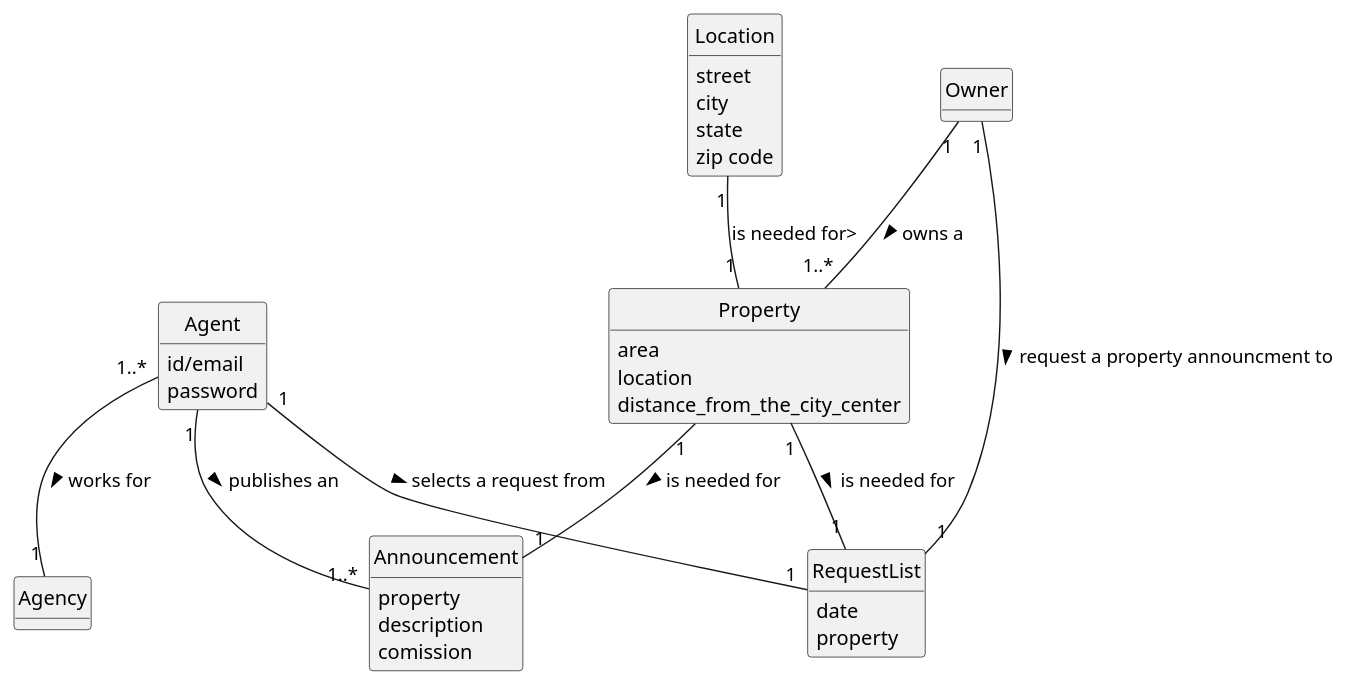
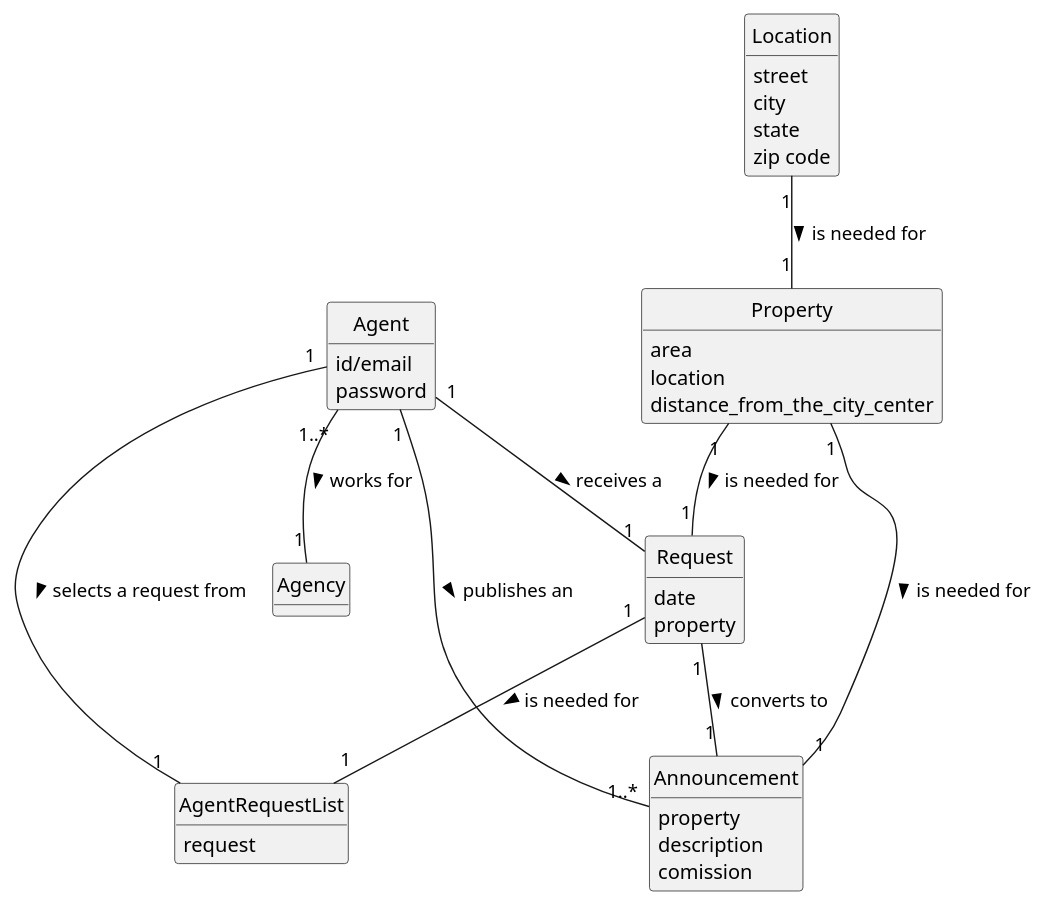
Before and after one commit to Rodrick0209/ISEP-LAPR2-22-23: the diagram in docs/Sprint-C/US008/02.analysis/puml/us008-domain-model.puml, drawn with PlantUML.

Commit message:
US008 domain model done

```diff
--- a/docs/Sprint-C/US008/02.analysis/puml/us008-domain-model.puml
+++ b/docs/Sprint-C/US008/02.analysis/puml/us008-domain-model.puml
@@ -1,61 +1,64 @@
   @startuml
 skinparam packageStyle rectangle
 skinparam shadowing false
 
 'left to right direction
 
 skinparam classAttributeIconSize 0
 
 hide circle
 hide methods
 
 'title Domain Model
 
 'class Platform {
 '  -description
 '}
 
 class Agent {
 id/email
 password
 }
 
-class  RequestList{
+class  AgentRequestList{
+request
+
+}
+class Request{
 date
 property
 }
 
 
-class Owner {
-}
 class Location{
 street
 city
 state
 zip code
 }
 
 class Property {
    area
    location
     distance_from_the_city_center
 }
 
 class Announcement {
   property
     description
     comission
   }
 
 Agent "1..*" -- "1" Agency : works for  >
-Owner "1" -- "1" RequestList: request a property announcment to >
-Agent "1" -- "1" RequestList: selects a request from >
+Agent "1" -- "1" Request : receives a  >
+Agent "1" -- "1" AgentRequestList: selects a request from >
 Property "1"-- "1"Announcement: is needed for  >
-Property "1"-- "1"RequestList: is needed for  >
-Owner "1" -- "1..*" Property : owns a >
-Location "1"--"1" Property : is needed for>
+Property "1"-- "1"Request: is needed for  >
+Request "1"-- "1"AgentRequestList: is needed for  >
+Request "1"-- "1"Announcement: converts to  >
+Location "1"--"1" Property : is needed for >
 
 Agent "1" -- "1..*" Announcement : publishes an >
 
 
 @enduml
```
